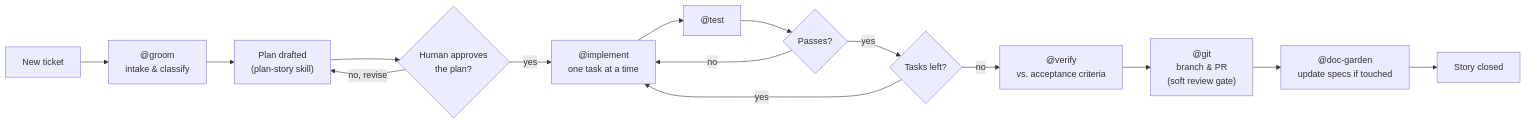
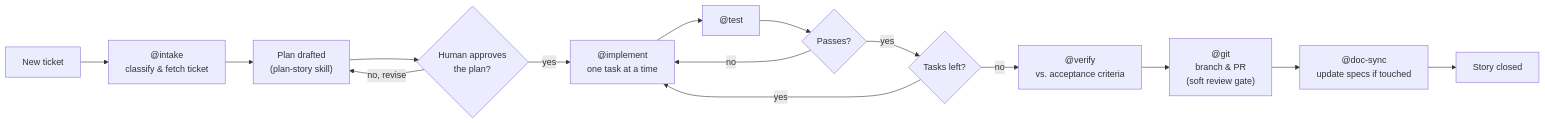
Before and after one commit to jaya-nandyala-tw/ai-dev-kit: the diagram in HARNESS-ENGINEERING-FRAMEWORK.md, drawn with Mermaid. The commit also changed other lines of this file and 93 other files, not shown here.

````diff
--- a/HARNESS-ENGINEERING-FRAMEWORK.md
+++ b/HARNESS-ENGINEERING-FRAMEWORK.md
@@ -76,17 +77,17 @@
 ```mermaid
 flowchart LR
-    A["New ticket"] --> B["@groom<br/>intake & classify"]
+    A["New ticket"] --> B["@intake<br/>classify & fetch ticket"]
     B --> C["Plan drafted<br/>(plan-story skill)"]
     C --> D{"Human approves<br/>the plan?"}
     D -- "no, revise" --> C
     D -- yes --> E["@implement<br/>one task at a time"]
     E --> F["@test"]
     F --> G{"Passes?"}
     G -- no --> E
     G -- yes --> H{"Tasks left?"}
     H -- yes --> E
     H -- no --> I["@verify<br/>vs. acceptance criteria"]
     I --> J["@git<br/>branch & PR<br/>(soft review gate)"]
-    J --> K["@doc-garden<br/>update specs if touched"]
+    J --> K["@doc-sync<br/>update specs if touched"]
     K --> L["Story closed"]
 ```
````
